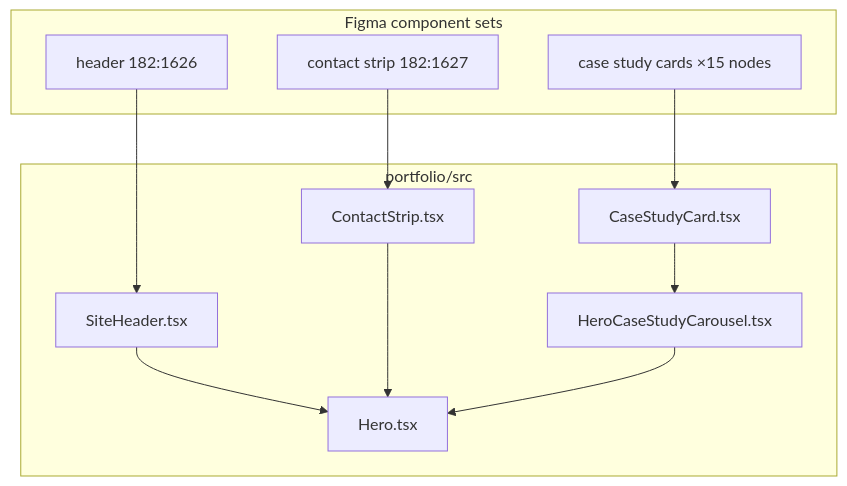
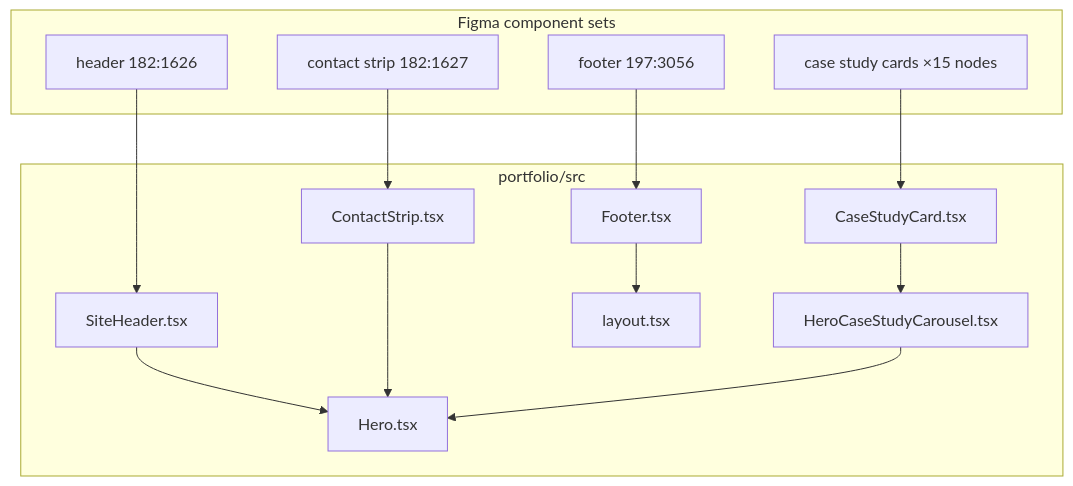
Before and after one commit to ser8-beep/cursor-tech-vault: the diagram in notes/architecture/2026-07-14-portfolio-responsive-components.md, drawn with Mermaid. The commit also changed other lines of this file and 1 other file, not shown here.

Commit message:
porfolio responsive components footer responsive

````diff
--- a/notes/architecture/2026-07-14-portfolio-responsive-components.md
+++ b/notes/architecture/2026-07-14-portfolio-responsive-components.md
@@ -121,24 +163,29 @@
 ```mermaid
 flowchart TB
   subgraph figma [Figma component sets]
     H[header 182:1626]
     C[contact strip 182:1627]
     CS[case study cards ×15 nodes]
+    F[footer 197:3056]
   end
 
   subgraph code [portfolio/src]
     SH[SiteHeader.tsx]
     CT[ContactStrip.tsx]
     CC[CaseStudyCard.tsx]
+    FT[Footer.tsx]
     Hero[Hero.tsx]
     Carousel[HeroCaseStudyCarousel.tsx]
+    Layout[layout.tsx]
   end
 
   H --> SH
   C --> CT
   CS --> CC
+  F --> FT
   SH --> Hero
   CT --> Hero
   CC --> Carousel
   Carousel --> Hero
+  FT --> Layout
 ```
````
